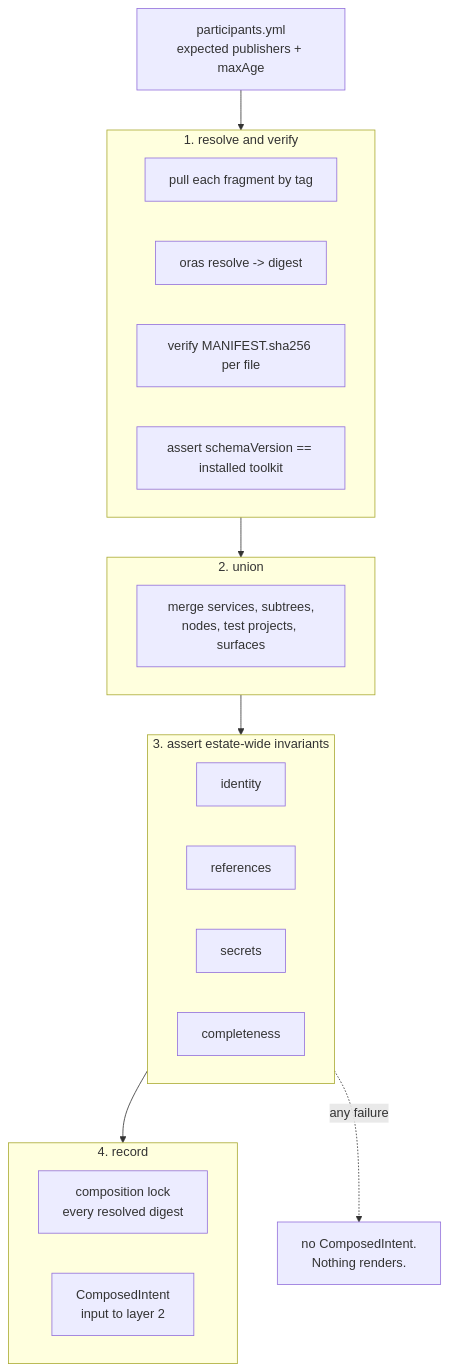
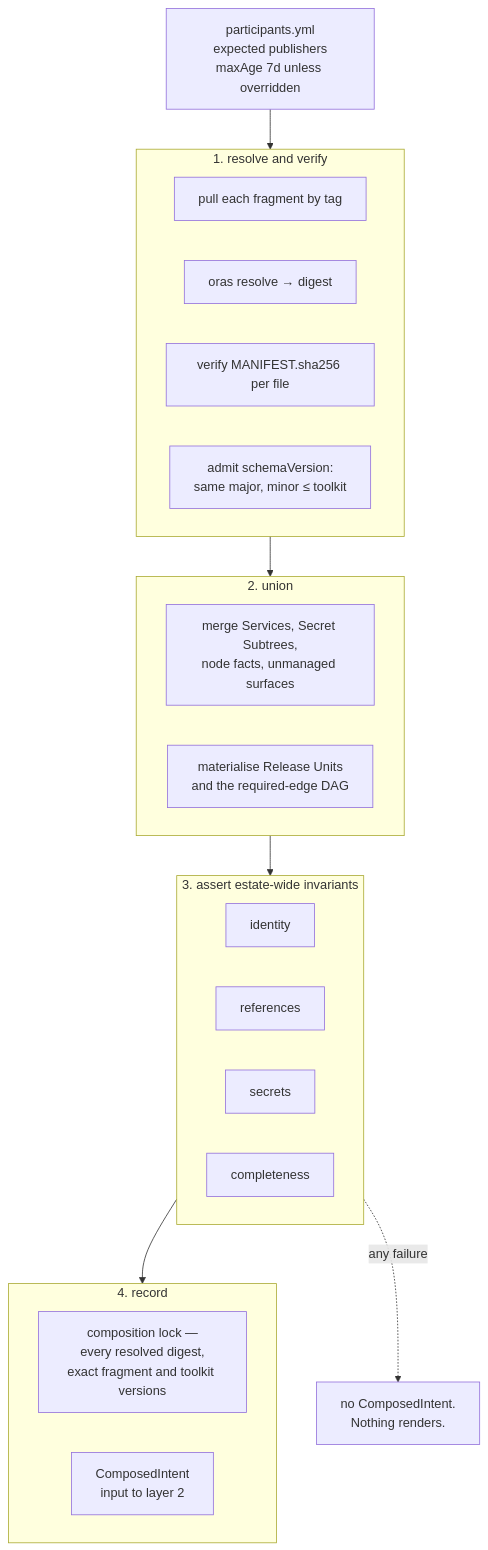
Before and after one commit to JorisJonkers-dev/deploy-config-schema: the diagram in spec/v1/40-composition.md, drawn with Mermaid. The commit also changed other lines of this file and 110 other files, not shown here.

````diff
--- a/spec/v1/40-composition.md
+++ b/spec/v1/40-composition.md
@@ -97,33 +115,34 @@
 ```mermaid
 flowchart TB
-    P["participants.yml<br/>expected publishers + maxAge"]
+    P["participants.yml<br/>expected publishers<br/>maxAge 7d unless overridden"]
 
     subgraph PULL["1. resolve and verify"]
         p1["pull each fragment by tag"]
-        p2["oras resolve -> digest"]
+        p2["oras resolve → digest"]
         p3["verify MANIFEST.sha256 per file"]
-        p4["assert schemaVersion == installed toolkit"]
+        p4["admit schemaVersion:<br/>same major, minor ≤ toolkit"]
     end
 
     subgraph UNION["2. union"]
-        u1["merge services, subtrees,<br/>nodes, test projects, surfaces"]
+        u1["merge Services, Secret Subtrees,<br/>node facts, unmanaged surfaces"]
+        u2["materialise Release Units<br/>and the required-edge DAG"]
     end
 
     subgraph ASSERT["3. assert estate-wide invariants"]
         a1["identity"]
         a2["references"]
         a3["secrets"]
         a4["completeness"]
     end
 
     subgraph OUT["4. record"]
-        o1["composition lock<br/>every resolved digest"]
+        o1["composition lock —<br/>every resolved digest,<br/>exact fragment and toolkit versions"]
         o2["ComposedIntent<br/>input to layer 2"]
     end
 
     P --> PULL
     PULL --> UNION
     UNION --> ASSERT
     ASSERT --> OUT
     ASSERT -.->|"any failure"| X["no ComposedIntent.<br/>Nothing renders."]
 ```
````
